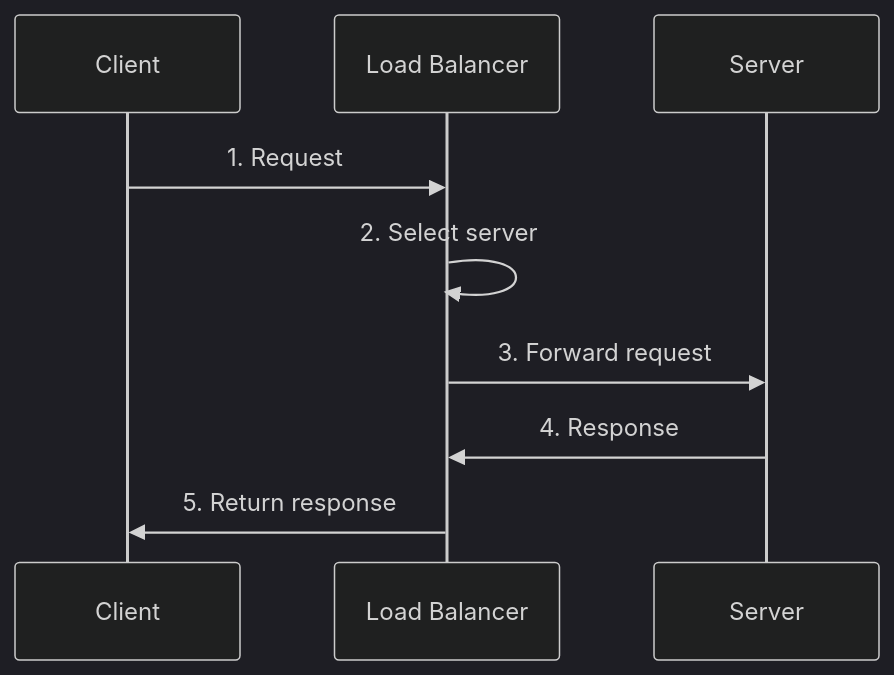
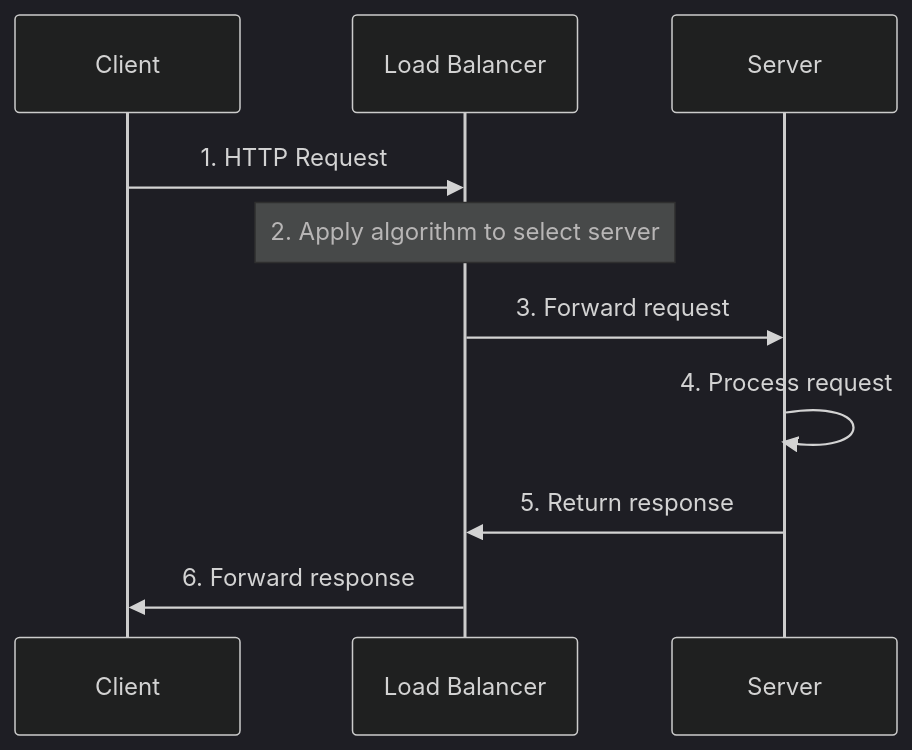
Before and after one commit to spawn08/system-design-interview: the second of 6 diagrams in basics/load_balancer.md, drawn with Mermaid (dark theme). The commit also changed other lines of this file and 2 other files, not shown here.

Commit message:
Enhance load balancer documentation with detailed explanations of its importance, functionality, and algorithms. Update diagrams for clarity and add sections on session management and health checks. Improve overall structure and readability for better understanding of load balancing concepts.

````diff
--- a/basics/load_balancer.md
+++ b/basics/load_balancer.md
@@ -54,12 +66,13 @@
 ```mermaid
 sequenceDiagram
     participant Client
     participant LB as Load Balancer
     participant Server
     
-    Client->>LB: 1. Request
-    LB->>LB: 2. Select server
+    Client->>LB: 1. HTTP Request
+    Note over LB: 2. Apply algorithm to select server
     LB->>Server: 3. Forward request
-    Server->>LB: 4. Response
-    LB->>Client: 5. Return response
+    Server->>Server: 4. Process request
+    Server->>LB: 5. Return response
+    LB->>Client: 6. Forward response
 ```
````
